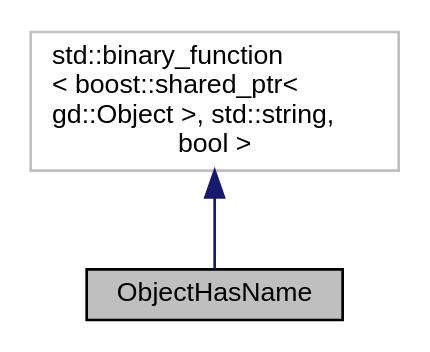
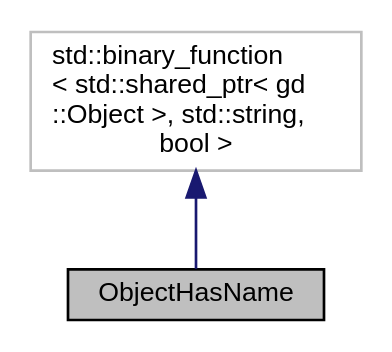
Before and after one commit to 4ian/GDevelop-documentation: the diagram in GDCpp Documentation/d8/daf/struct_object_has_name__inherit__graph.dot, drawn with Graphviz. The commit also changed 2359 other files, not shown here.

```diff
--- a/GDCpp Documentation/d8/daf/struct_object_has_name__inherit__graph.dot
+++ b/GDCpp Documentation/d8/daf/struct_object_has_name__inherit__graph.dot
@@ -1,8 +1,8 @@
 digraph "ObjectHasName"
 {
   edge [fontname="Helvetica",fontsize="10",labelfontname="Helvetica",labelfontsize="10"];
   node [fontname="Helvetica",fontsize="10",shape=record];
-  Node1 [label="ObjectHasName",height=0.2,width=0.4,color="black", fillcolor="grey75", style="filled" fontcolor="black"];
+  Node1 [label="ObjectHasName",height=0.2,width=0.4,color="black", fillcolor="grey75", style="filled", fontcolor="black"];
   Node2 -> Node1 [dir="back",color="midnightblue",fontsize="10",style="solid",fontname="Helvetica"];
-  Node2 [label="std::binary_function\l\< boost::shared_ptr\<\l gd::Object \>, std::string,\l bool \>",height=0.2,width=0.4,color="grey75", fillcolor="white", style="filled"];
+  Node2 [label="std::binary_function\l\< std::shared_ptr\< gd\l::Object \>, std::string,\l bool \>",height=0.2,width=0.4,color="grey75", fillcolor="white", style="filled"];
 }
```
